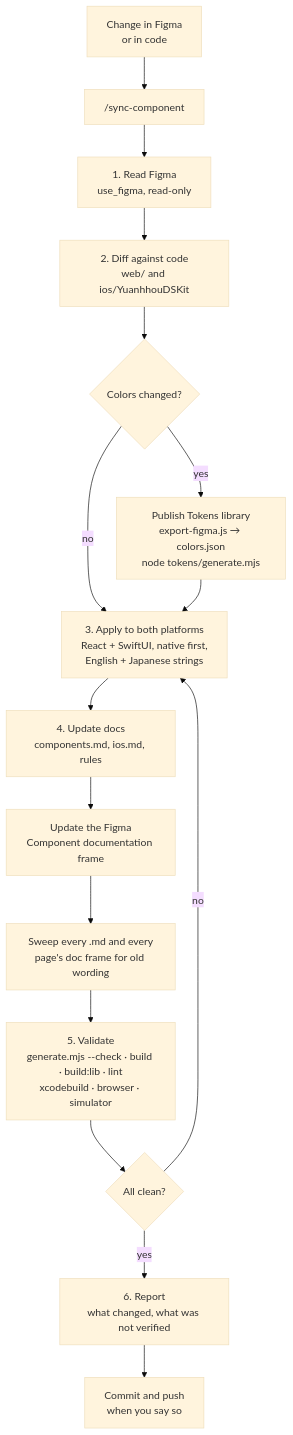
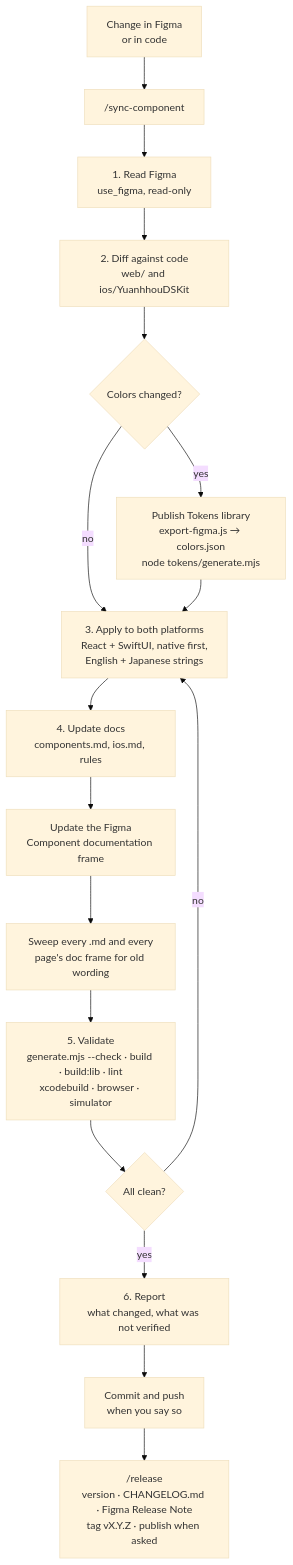
Before and after one commit to k619tw/yuanhhou-design-system: the second of 2 diagrams in docs/workflow.md, drawn with Mermaid (base theme). The commit also changed other lines of this file and 6 other files, not shown here.

````diff
--- a/docs/workflow.md
+++ b/docs/workflow.md
@@ -58,18 +58,19 @@
 ```mermaid
 flowchart TD
   A["Change in Figma<br/>or in code"] --> B["/sync-component"]
   B --> R["1. Read Figma<br/>use_figma, read-only"]
   R --> D["2. Diff against code<br/>web/ and ios/YuanhhouDSKit"]
   D --> K{"Colors changed?"}
   K -- yes --> P["Publish Tokens library<br/>export-figma.js → colors.json<br/>node tokens/generate.mjs"]
   K -- no --> AP
   P --> AP["3. Apply to both platforms<br/>React + SwiftUI, native first,<br/>English + Japanese strings"]
   AP --> DOC["4. Update docs<br/>components.md, ios.md, rules"]
   DOC --> FR["Update the Figma<br/>Component documentation frame"]
   FR --> SW["Sweep every .md and every<br/>page's doc frame for old wording"]
   SW --> V["5. Validate<br/>generate.mjs --check · build · build:lib · lint<br/>xcodebuild · browser · simulator"]
   V --> OK{"All clean?"}
   OK -- no --> AP
   OK -- yes --> REP["6. Report<br/>what changed, what was not verified"]
   REP --> CP["Commit and push<br/>when you say so"]
+  CP --> REL["/release<br/>version · CHANGELOG.md · Figma Release Note<br/>tag vX.Y.Z · publish when asked"]
 ```
````
